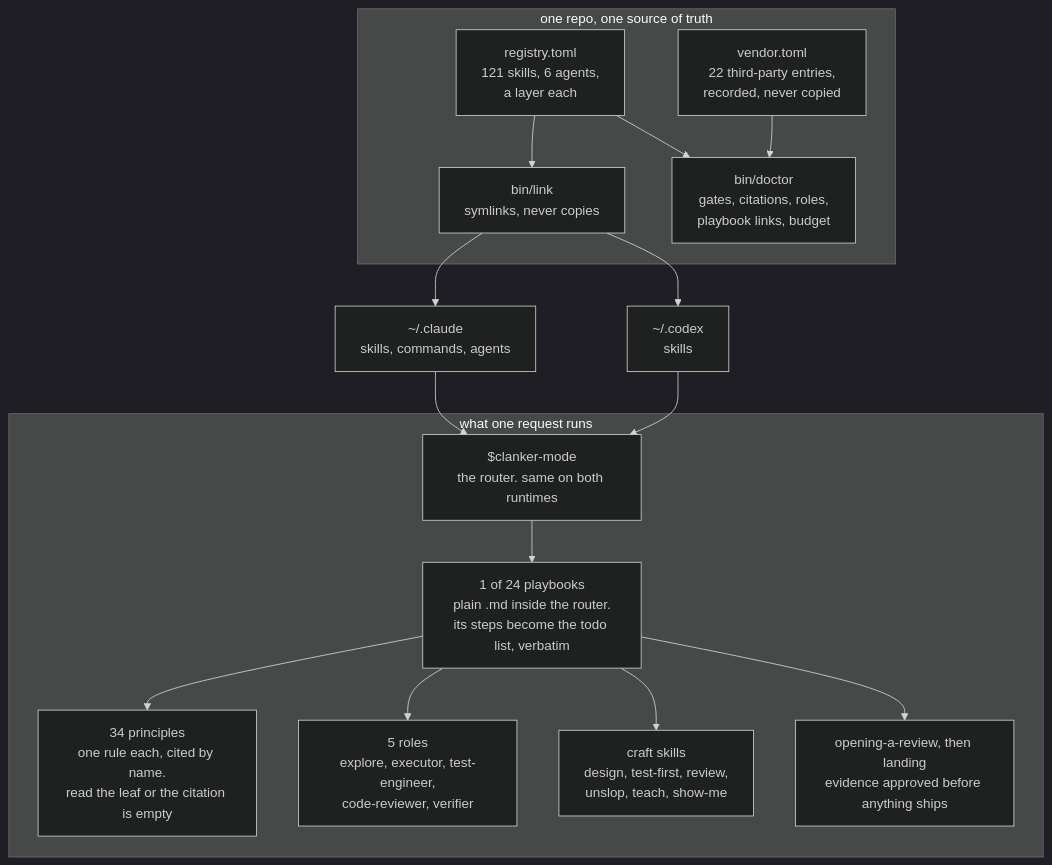
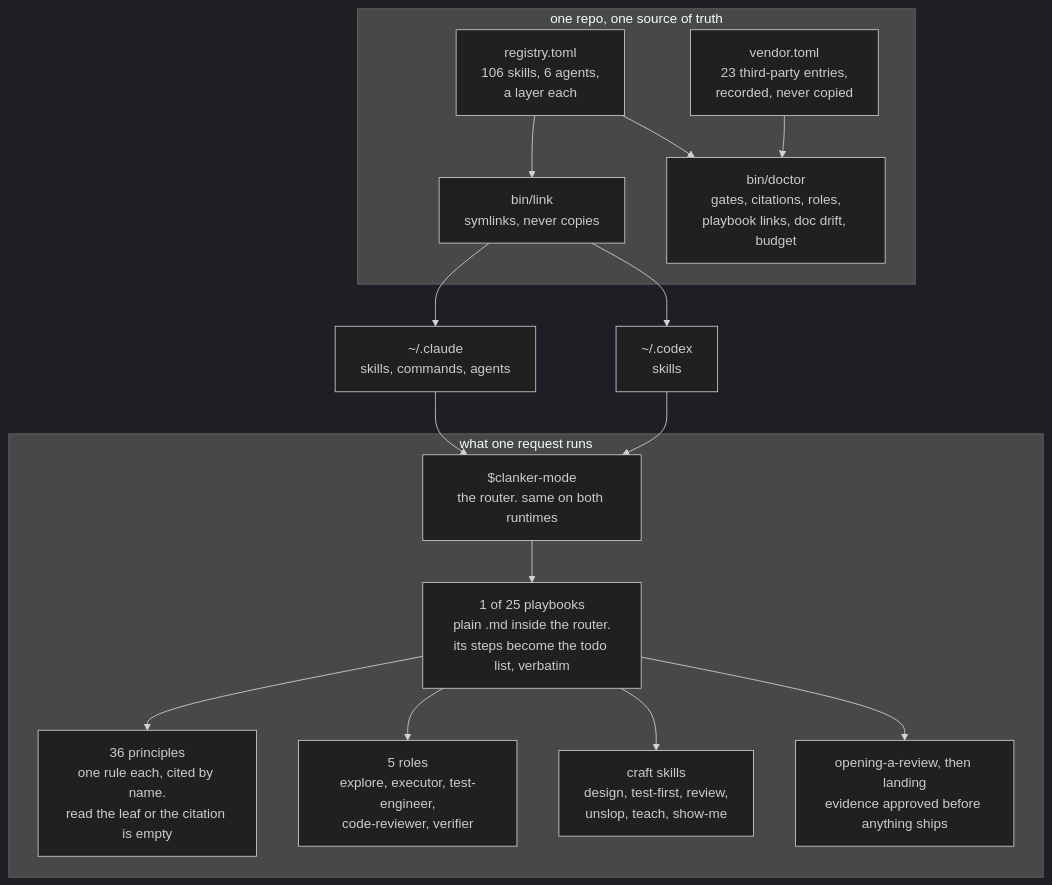
One commit to daryl-tg/deez-skills changed the diagram in README.md. Above: the diagram before and after it, drawn with Mermaid (dark theme). The commit also changed other lines of this file and 3 other files, not shown here.

````diff
--- a/README.md
+++ b/README.md
@@ -11,34 +11,34 @@
 ```mermaid
 flowchart TB
   subgraph hub["one repo, one source of truth"]
-    reg["registry.toml<br/>121 skills, 6 agents,<br/>a layer each"]
-    ven["vendor.toml<br/>22 third-party entries,<br/>recorded, never copied"]
+    reg["registry.toml<br/>106 skills, 6 agents,<br/>a layer each"]
+    ven["vendor.toml<br/>23 third-party entries,<br/>recorded, never copied"]
     lnk["bin/link<br/>symlinks, never copies"]
-    doc["bin/doctor<br/>gates, citations, roles,<br/>playbook links, budget"]
+    doc["bin/doctor<br/>gates, citations, roles,<br/>playbook links, doc drift, budget"]
     reg --> lnk
     reg --> doc
     ven --> doc
   end
 
   cc["~/.claude<br/>skills, commands, agents"]
   cx["~/.codex<br/>skills"]
 
   subgraph work["what one request runs"]
     router["$clanker-mode<br/>the router. same on both runtimes"]
-    pb["1 of 24 playbooks<br/>plain .md inside the router.<br/>its steps become the todo list, verbatim"]
-    prin["34 principles<br/>one rule each, cited by name.<br/>read the leaf or the citation is empty"]
+    pb["1 of 25 playbooks<br/>plain .md inside the router.<br/>its steps become the todo list, verbatim"]
+    prin["36 principles<br/>one rule each, cited by name.<br/>read the leaf or the citation is empty"]
     role["5 roles<br/>explore, executor, test-engineer,<br/>code-reviewer, verifier"]
     craft["craft skills<br/>design, test-first, review,<br/>unslop, teach, show-me"]
     ship["opening-a-review, then landing<br/>evidence approved before anything ships"]
     router --> pb
     pb --> prin
     pb --> role
     pb --> craft
     pb --> ship
   end
 
   lnk --> cc
   lnk --> cx
   cc --> router
   cx --> router
 ```
````
